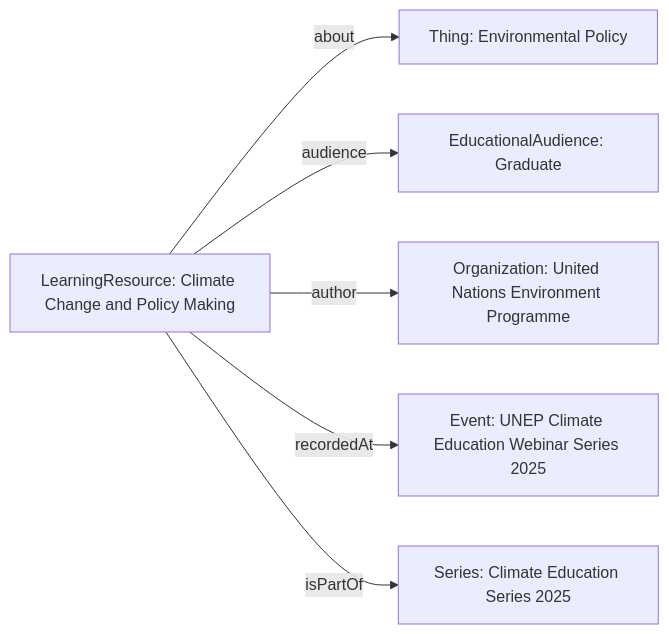
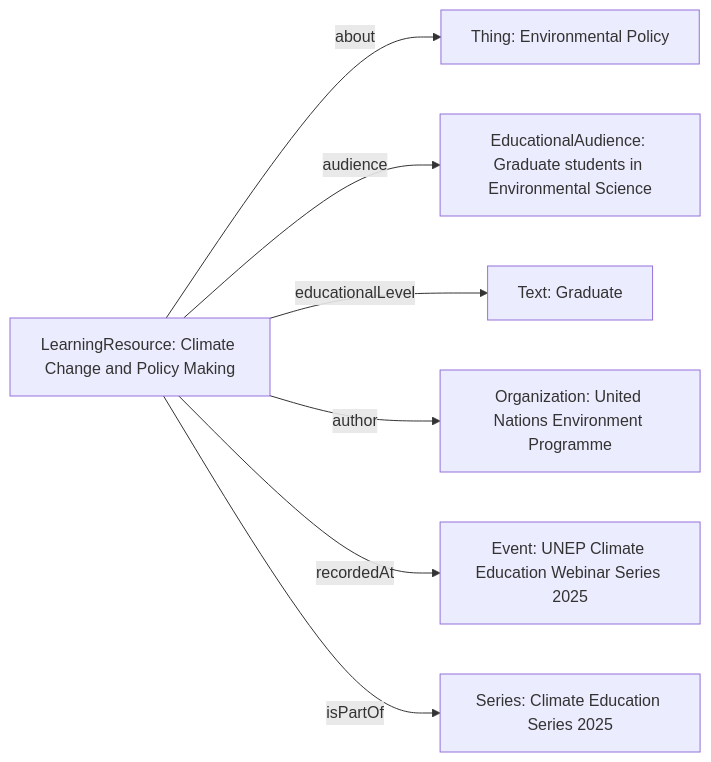
Before and after one commit to schemas-science/schemas-science.github.io: the diagram in docs/guidance/TrainingMaterial.md, drawn with Mermaid. The commit also changed other lines of this file and 1 other file, not shown here.

````diff
--- a/docs/guidance/TrainingMaterial.md
+++ b/docs/guidance/TrainingMaterial.md
@@ -46,15 +47,17 @@
 ```mermaid
 graph LR
 LearningResource_ClimateChangeAndPolicyMaking["LearningResource: Climate Change and Policy Making"]
 Thing_EnvironmentalPolicy["Thing: Environmental Policy"]
-EducationalAudience_Graduate["EducationalAudience: Graduate"]
+Text_Graduate["Text: Graduate"]
+EducationalAudience_Graduate["EducationalAudience: Graduate students in Environmental Science"]
 Organization_UNEP["Organization: United Nations Environment Programme"]
 Event_UNEPWebinar["Event: UNEP Climate Education Webinar Series 2025"]
 Series_ClimateSeries2025["Series: Climate Education Series 2025"]
 
 LearningResource_ClimateChangeAndPolicyMaking -->|about| Thing_EnvironmentalPolicy
 LearningResource_ClimateChangeAndPolicyMaking -->|audience| EducationalAudience_Graduate
+LearningResource_ClimateChangeAndPolicyMaking -->|educationalLevel| Text_Graduate
 LearningResource_ClimateChangeAndPolicyMaking -->|author| Organization_UNEP
 LearningResource_ClimateChangeAndPolicyMaking -->|recordedAt| Event_UNEPWebinar
 LearningResource_ClimateChangeAndPolicyMaking -->|isPartOf| Series_ClimateSeries2025
 ```
````
